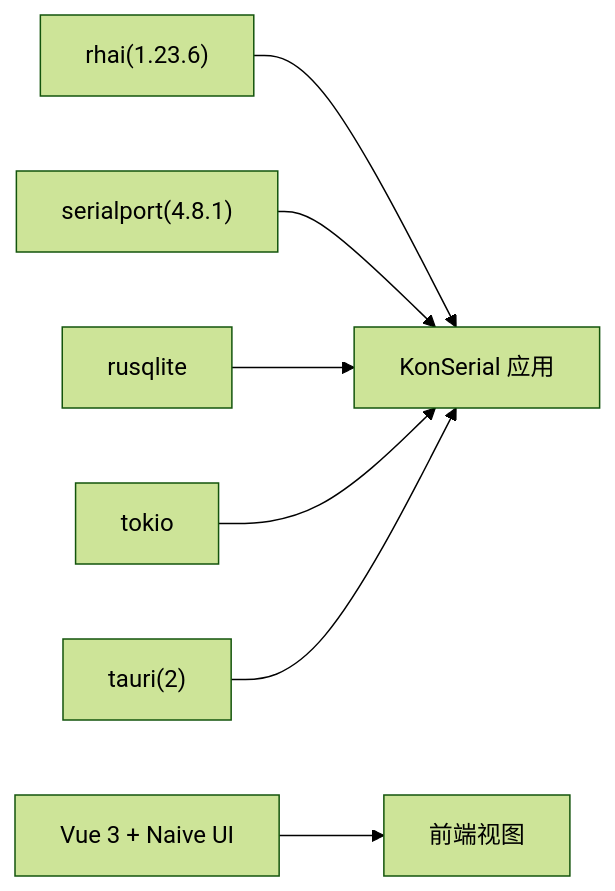
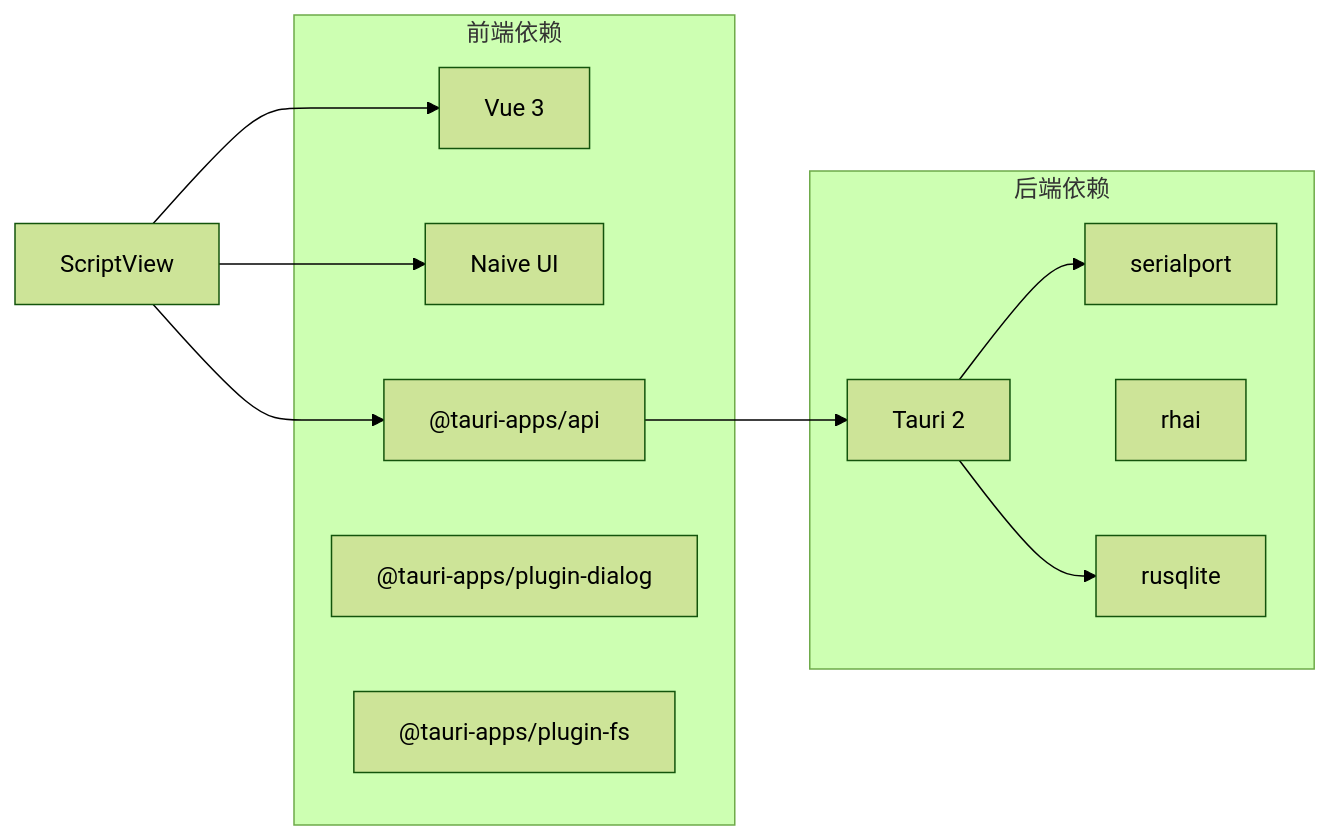
Before and after one commit to elabdlut/KonSerial: the third of 3 diagrams in .qoder/repowiki/zh/content/脚本系统.md, drawn with Mermaid (forest theme). The commit also changed other lines of this file and 20 other files, not shown here.

````diff
--- a/.qoder/repowiki/zh/content/脚本系统.md
+++ b/.qoder/repowiki/zh/content/脚本系统.md
@@ -354,9 +337,22 @@
 ```mermaid
 graph LR
-RHAI["rhai(1.23.6)"] --> APP["KonSerial 应用"]
-SERIALPORT["serialport(4.8.1)"] --> APP
-SQLITE["rusqlite"] --> APP
-TOKIO["tokio"] --> APP
-TAURI["tauri(2)"] --> APP
-VUE["Vue 3 + Naive UI"] --> FE["前端视图"]
+subgraph "前端依赖"
+VUE["Vue 3"]
+NAIVE["Naive UI"]
+TAURI_API["@tauri-apps/api"]
+DIALOG["@tauri-apps/plugin-dialog"]
+FS["@tauri-apps/plugin-fs"]
+end
+subgraph "后端依赖"
+TAURI["Tauri 2"]
+SERIALPORT["serialport"]
+RHKAI["rhai"]
+SQLITE["rusqlite"]
+end
+ScriptView --> VUE
+ScriptView --> NAIVE
+ScriptView --> TAURI_API
+TAURI_API --> TAURI
+TAURI --> SERIALPORT
+TAURI --> SQLITE
 ```
````
